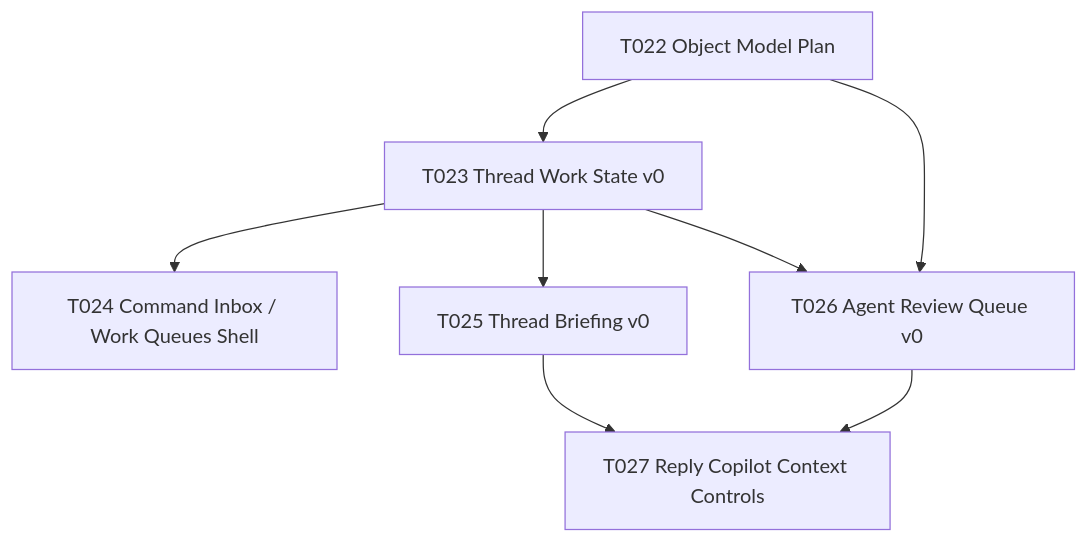
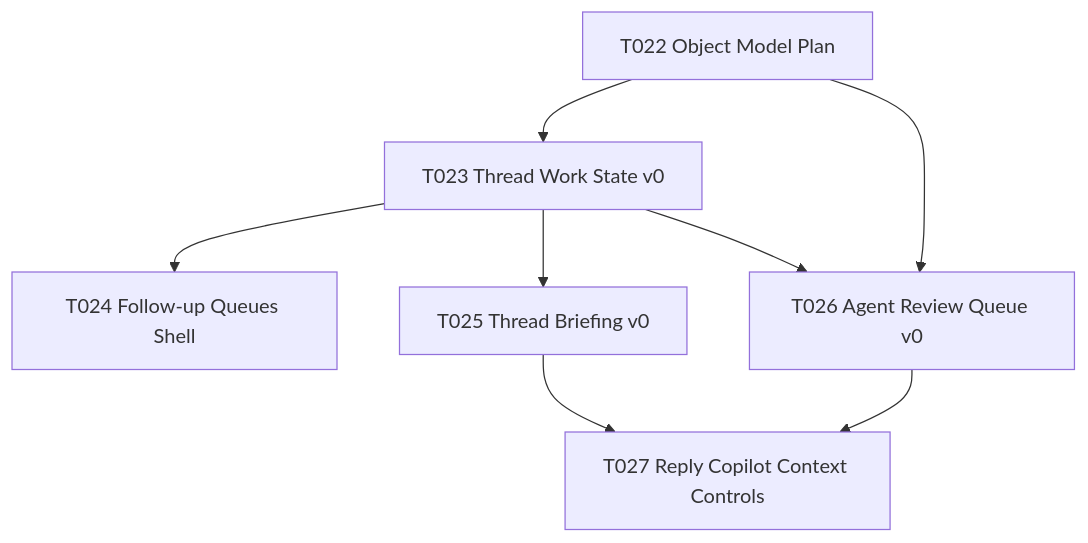
One commit to avihaymenahem/velo changed the diagram in docs/agentic-object-model.md. Above: the diagram before and after it, drawn with Mermaid. The commit also changed other lines of this file and 10 other files, not shown here.

````diff
--- a/docs/agentic-object-model.md
+++ b/docs/agentic-object-model.md
@@ -702,10 +702,10 @@
 ```mermaid
 flowchart TD
   T022["T022 Object Model Plan"] --> T023["T023 Thread Work State v0"]
-  T023 --> T024["T024 Command Inbox / Work Queues Shell"]
+  T023 --> T024["T024 Follow-up Queues Shell"]
   T023 --> T025["T025 Thread Briefing v0"]
   T022 --> T026["T026 Agent Review Queue v0"]
   T023 --> T026
   T025 --> T027["T027 Reply Copilot Context Controls"]
   T026 --> T027
 ```
````
